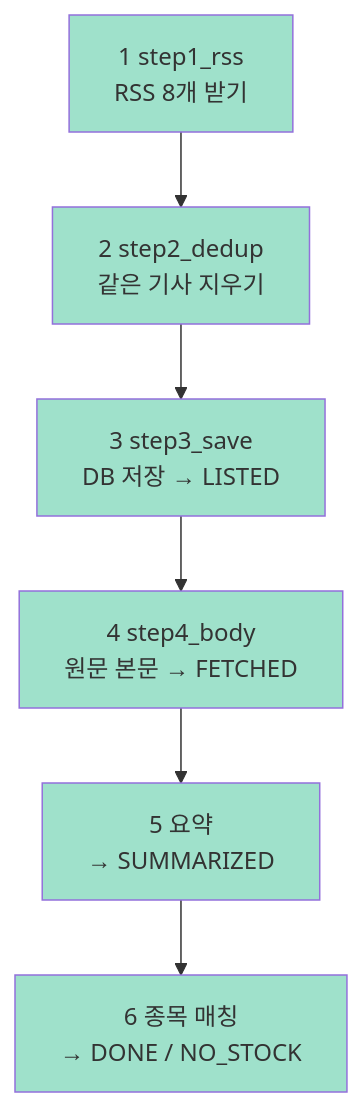
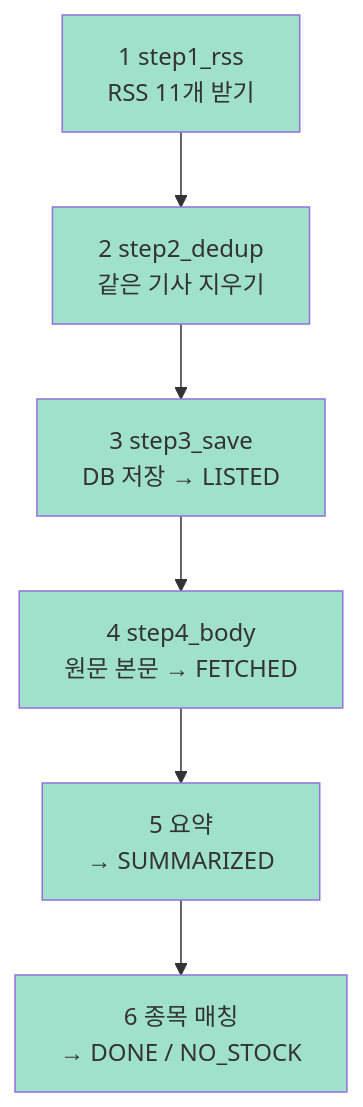
One commit to hk-finance-team2/stock-news-matching changed the second of 2 diagrams in ai/docs/학습/00_전체그림.md. Above: the diagram before and after it, drawn with Mermaid. The commit also changed other lines of this file and 15 other files, not shown here.

````diff
--- a/ai/docs/학습/00_전체그림.md
+++ b/ai/docs/학습/00_전체그림.md
@@ -29,14 +29,14 @@
 ```mermaid
 flowchart TD
-    A[1 step1_rss<br/>RSS 8개 받기] --> B[2 step2_dedup<br/>같은 기사 지우기]
+    A[1 step1_rss<br/>RSS 11개 받기] --> B[2 step2_dedup<br/>같은 기사 지우기]
     B --> C[3 step3_save<br/>DB 저장 → LISTED]
     C --> D[4 step4_body<br/>원문 본문 → FETCHED]
     D --> E[5 요약<br/>→ SUMMARIZED]
     E --> F[6 종목 매칭<br/>→ DONE / NO_STOCK]
     style A fill:#9FE1CB
     style B fill:#9FE1CB
     style C fill:#9FE1CB
     style D fill:#9FE1CB
     style E fill:#9FE1CB
     style F fill:#9FE1CB
 ```
````
